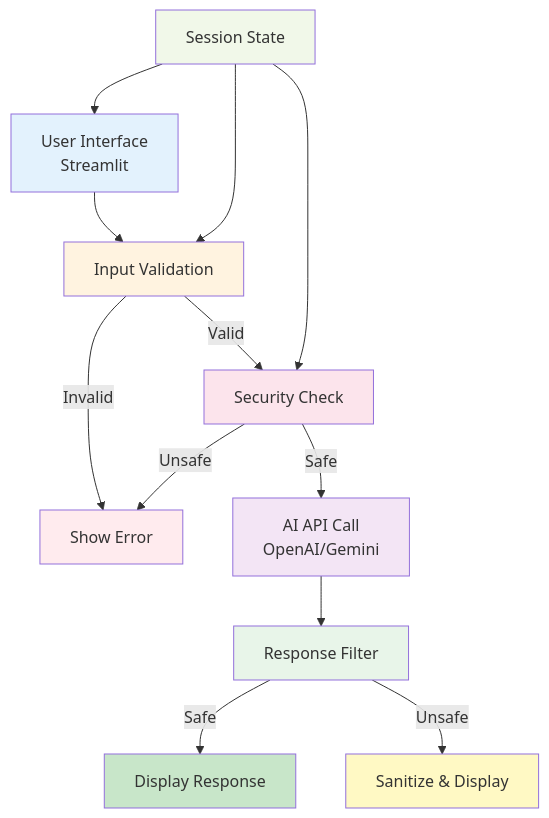
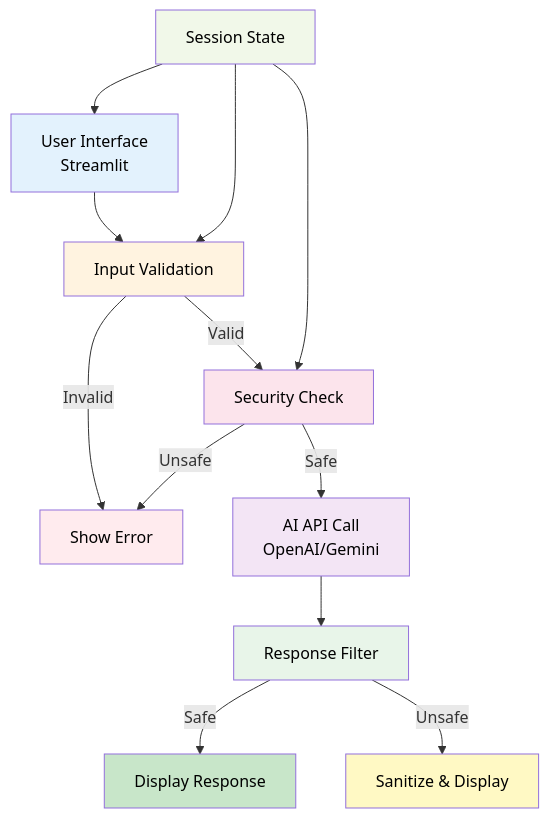
The diagram in docs/session_1/9_product_secure_intern.md (iNavLabsResearch/ai_starter), drawn with Mermaid before and after one commit. The commit also changed 8 other files, not shown here.

First line of the commit message:
Fix Mermaid diagram text visibility - set all text to black

````diff
--- a/docs/session_1/9_product_secure_intern.md
+++ b/docs/session_1/9_product_secure_intern.md
@@ -32,25 +32,25 @@
 ```mermaid
 flowchart TD
     A[User Interface<br/>Streamlit] --> B[Input Validation]
     B -->|Valid| C[Security Check]
     B -->|Invalid| D[Show Error]
     C -->|Safe| E[AI API Call<br/>OpenAI/Gemini]
     C -->|Unsafe| D
     E --> F[Response Filter]
     F -->|Safe| G[Display Response]
     F -->|Unsafe| H[Sanitize & Display]
     
     I[Session State] --> A
     I --> B
     I --> C
     
-    style A fill:#e3f2fd
-    style B fill:#fff3e0
-    style C fill:#fce4ec
-    style D fill:#ffebee
-    style E fill:#f3e5f5
-    style F fill:#e8f5e9
-    style G fill:#c8e6c9
-    style H fill:#fff9c4
-    style I fill:#f1f8e9
+    style A fill:#e3f2fd,color:#000000
+    style B fill:#fff3e0,color:#000000
+    style C fill:#fce4ec,color:#000000
+    style D fill:#ffebee,color:#000000
+    style E fill:#f3e5f5,color:#000000
+    style F fill:#e8f5e9,color:#000000
+    style G fill:#c8e6c9,color:#000000
+    style H fill:#fff9c4,color:#000000
+    style I fill:#f1f8e9,color:#000000
 ```
````
